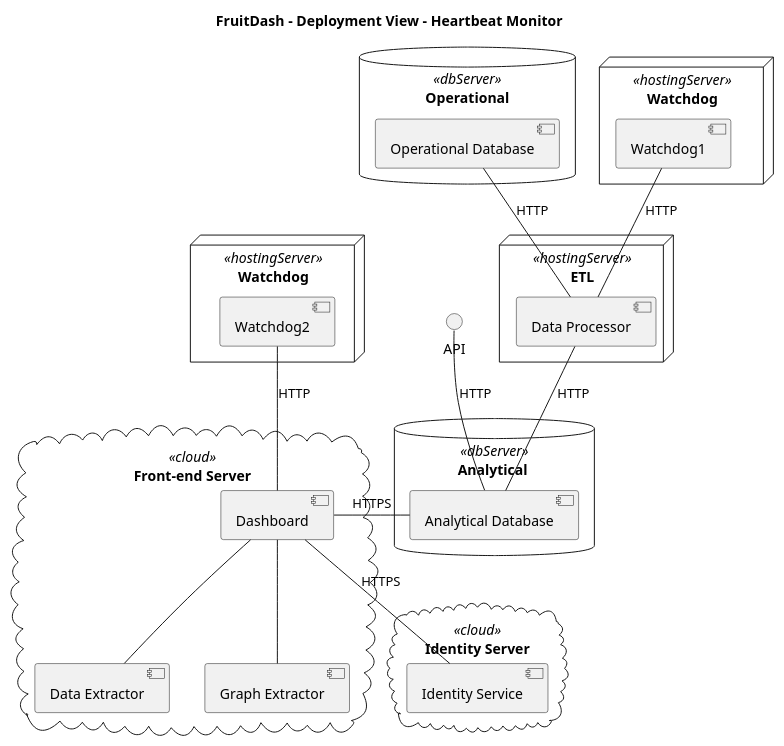
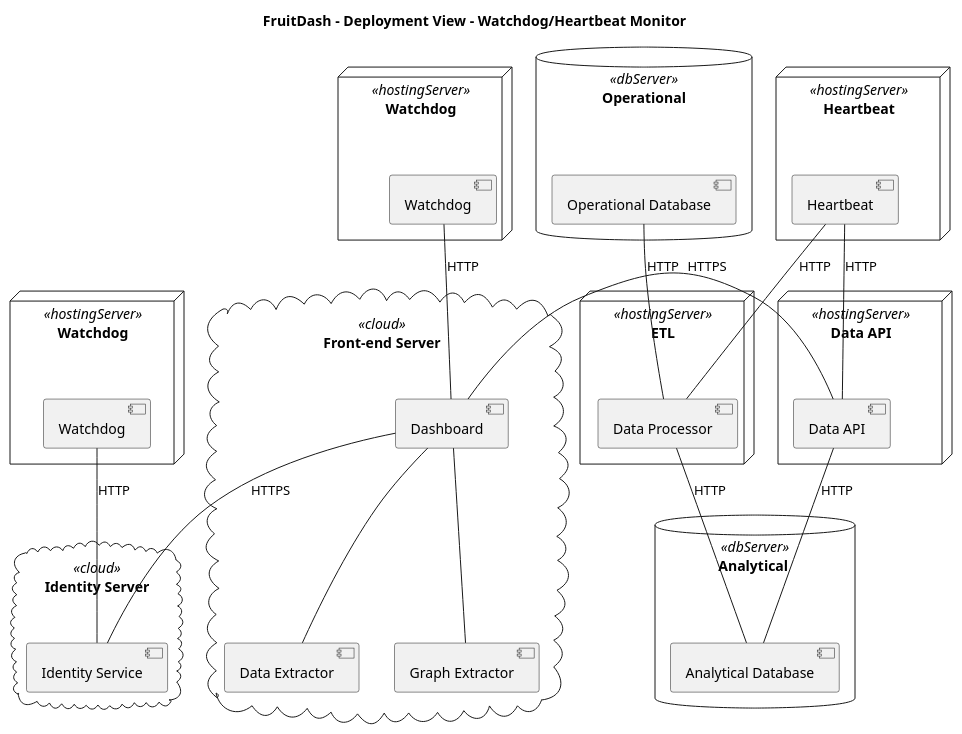
One commit to USI-MSDE-SA-2022/software-architecture-model-Travad changed the diagram in src/sa/model/examples/13_deployment_view_watchdog.puml. Above: the diagram before and after it, drawn with PlantUML. The commit also changed 2 other files, not shown here.

```diff
--- a/src/sa/model/examples/13_deployment_view_watchdog.puml
+++ b/src/sa/model/examples/13_deployment_view_watchdog.puml
@@ -1,54 +1,62 @@
 @startuml
-title FruitDash - Deployment View - Heartbeat Monitor
+title FruitDash - Deployment View - Watchdog/Heartbeat Monitor
 
 cloud "Front-end Server" as appcloud <<cloud>> {
  [Dashboard] as DASH
  [Data Extractor] as DE
  [Graph Extractor] as GE
 }
 cloud "Identity Server" as identitycloud <<cloud>> {
  [Identity Service] as IS
 }
 
 database "Analytical " as analyticaldb <<dbServer>>  {
  [Analytical Database] as ADB
 }
 database "Operational" as operationaldb <<dbServer>> {
  [Operational Database] as ODB
 }
 
 node "ETL" as transformer <<hostingServer>> {
     [Data Processor] as T
 }
-' node "Data API" as dataapi <<hostingServer>> {
-'     [Data API] as API
-' }
-node "Watchdog" as watchdog1 <<hostingServer>> {
-    [Watchdog1] as WTD1
+node "Data API" as dataapi <<hostingServer>> {
+    [Data API] as API
+}
+
+node "Heartbeat" as heartbeat <<hostingServer>> {
+    [Heartbeat] as HTB
 }
 node "Watchdog" as watchdog2 <<hostingServer>> {
-    [Watchdog2] as WTD2
+    [Watchdog] as WTD2
+}
+node "Watchdog" as watchdog3 <<hostingServer>> {
+    [Watchdog] as WTD3
 }
 
 ' Identity
 ' API -- IS: HTTPS
 DASH -- IS: HTTPS
 
 ' Dashboard interactions
 DASH -- DE
 DASH -- GE
-' DASH - API: HTTPS
-DASH - ADB: HTTPS
+DASH - API: HTTPS
+' DASH - ADB: HTTPS
 
 ' Data Transformer
 ODB -- T: HTTP
 T -- ADB: HTTP
 
 ' Data sourcing
 API -- ADB: HTTP
 
 ' Watchdog
-WTD1 -- T: HTTP 
 WTD2 -- DASH: HTTP
+WTD3 -- IS: HTTP
+
+' Heartbeat
+HTB -- T: HTTP 
+HTB -- API: HTTP
 
 @enduml
```
